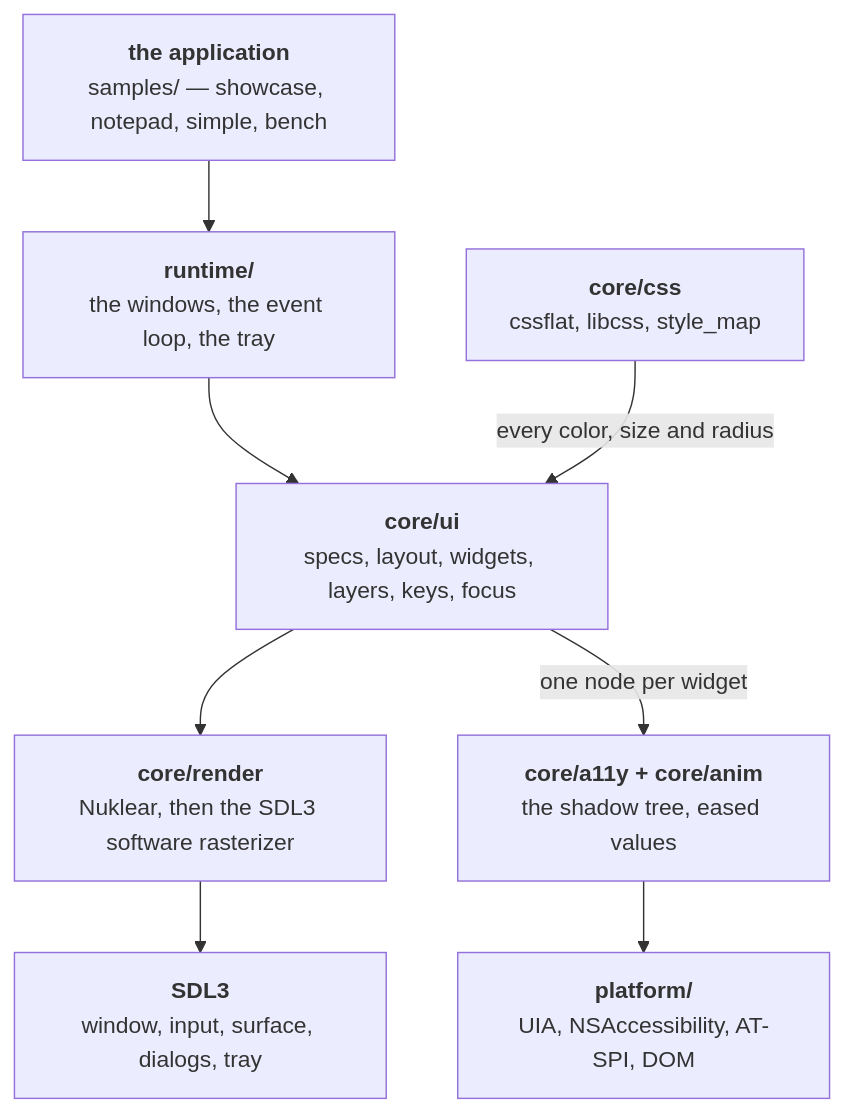
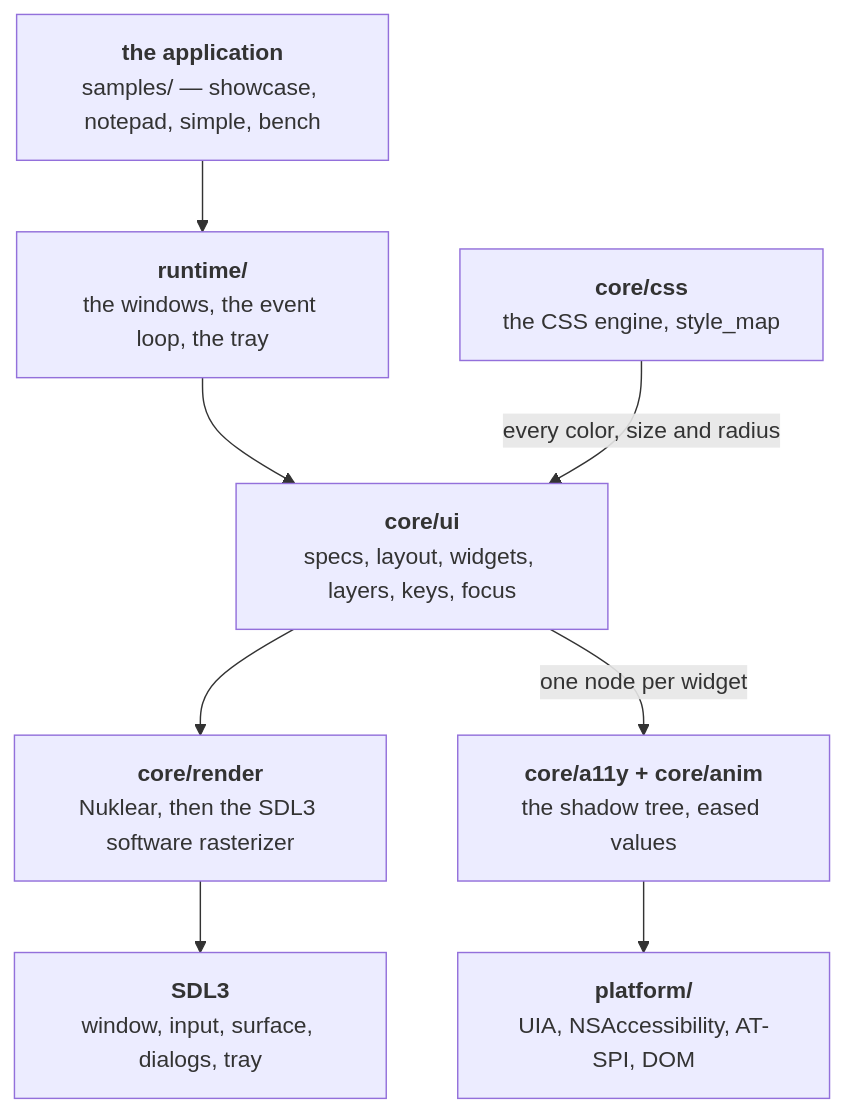
The diagram in docs/DOCUMENTATION.md (Alpaq92/Reaktor), drawn with Mermaid before and after one commit. The commit also changed other lines of this file and 63 other files, not shown here.

````diff
--- a/docs/DOCUMENTATION.md
+++ b/docs/DOCUMENTATION.md
@@ -849,17 +895,17 @@
 ```mermaid
 flowchart TB
     app["<b>the application</b><br/>samples/ — showcase, notepad, simple, bench"]
     rt["<b>runtime/</b><br/>the windows, the event loop, the tray"]
     ui["<b>core/ui</b><br/>specs, layout, widgets, layers, keys, focus"]
     ren["<b>core/render</b><br/>Nuklear, then the SDL3 software rasterizer"]
     sdl["<b>SDL3</b><br/>window, input, surface, dialogs, tray"]
 
-    css["<b>core/css</b><br/>cssflat, libcss, style_map"]
+    css["<b>core/css</b><br/>the CSS engine, style_map"]
     tree["<b>core/a11y + core/anim</b><br/>the shadow tree, eased values"]
     plat["<b>platform/</b><br/>UIA, NSAccessibility, AT-SPI, DOM"]
 
     app --> rt --> ui --> ren --> sdl
     css -- "every color, size and radius" --> ui
     ui -- "one node per widget" --> tree
     tree --> plat
 ```
````
